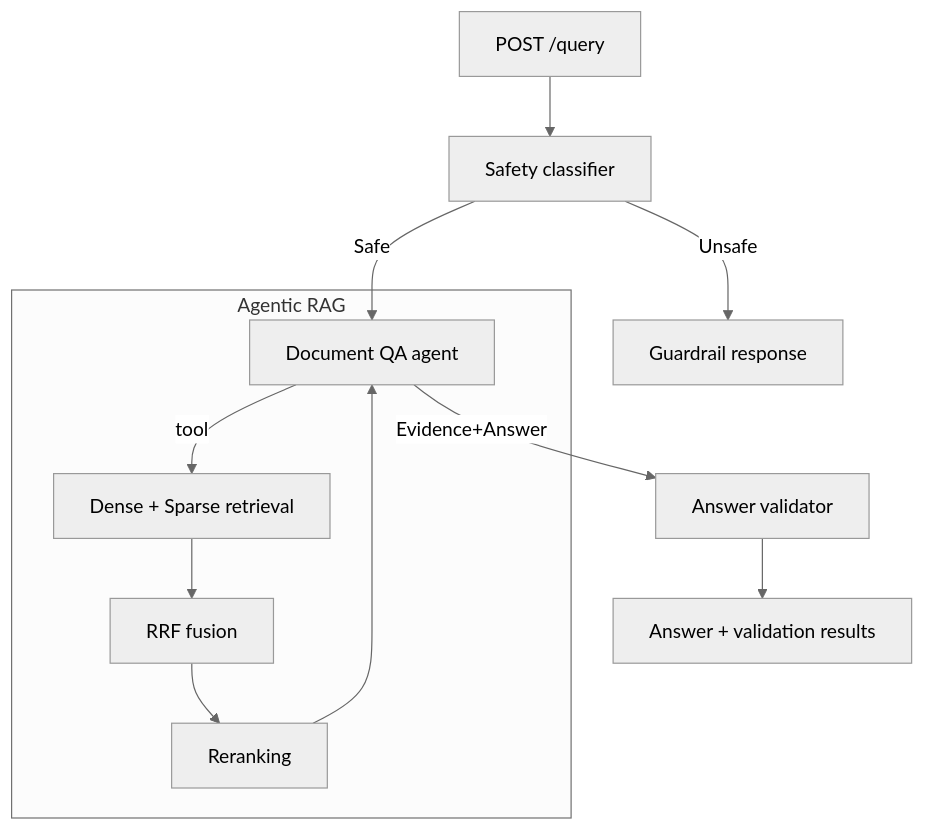
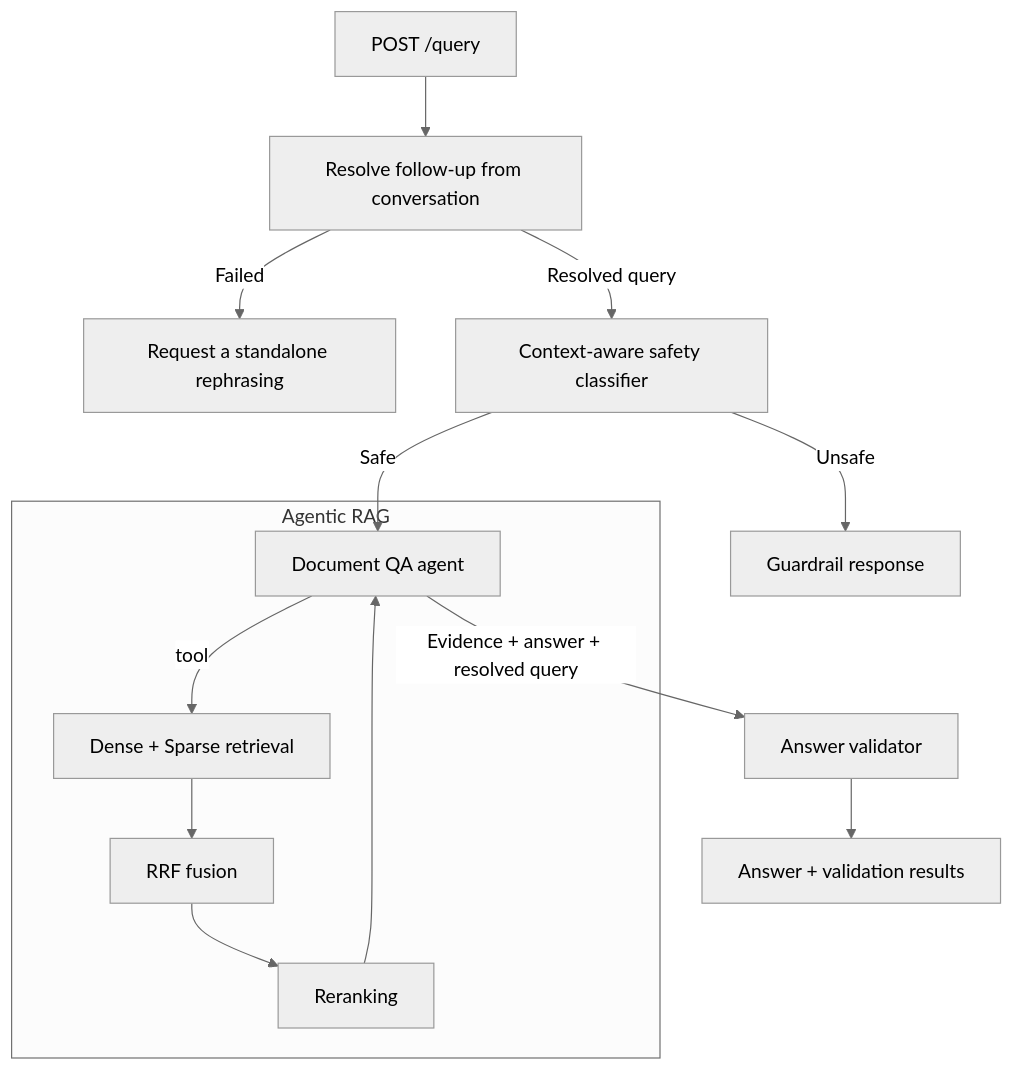
Before and after one commit to sanath95/Document-Knowledge-Base-with-Source-Grounding: the second of 2 diagrams in README.md, drawn with Mermaid (neutral theme). The commit also changed other lines of this file and 14 other files, not shown here.

````diff
--- a/README.md
+++ b/README.md
@@ -30,14 +31,16 @@
 ```mermaid
 flowchart TD
-    Query["POST /query"] --> Classify["Safety classifier"]
+    Query["POST /query"] --> Context["Resolve follow-up from conversation"]
+    Context -->|Failed| Rephrase["Request a standalone rephrasing"]
+    Context -->|Resolved query| Classify["Context-aware safety classifier"]
     Classify -->|Unsafe| Guardrail["Guardrail response"]
     Classify -->|Safe| Agent["Document QA agent"]
-    Agent --> |Evidence+Answer| Validate["Answer validator"]
+    Agent --> |Evidence + answer + resolved query| Validate["Answer validator"]
     Validate -->Result["Answer + validation results"]
     subgraph Agentic RAG
     Agent --> |tool| Retrieve["Dense + Sparse retrieval"]
     Retrieve --> Fuse["RRF fusion"]
     Fuse --> Rerank["Reranking"]
     Rerank --> Agent
     end
 ```
````
